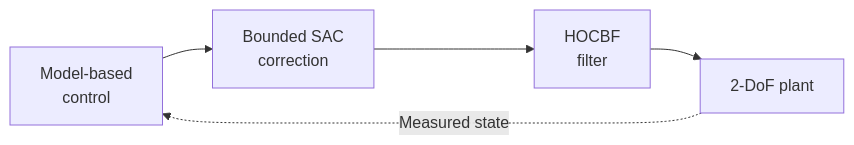
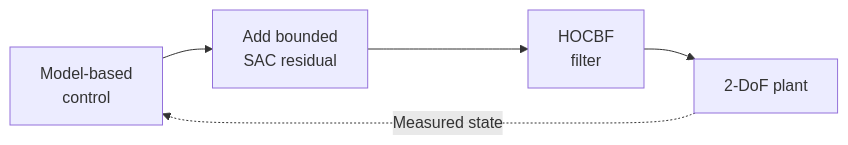
One commit to andrealo20/SARRL changed the first of 2 diagrams in README.md. Above: the diagram before and after it, drawn with Mermaid. The commit also changed other lines of this file, not shown here.

Commit message:
Reserve space for native diagram controls

````diff
--- a/README.md
+++ b/README.md
@@ -72,7 +72,8 @@
 ```mermaid
+%%{init: {"flowchart": {"diagramPadding": 60}}}%%
 flowchart LR
-    nominal["Model-based<br/>control"] --> correction["Bounded SAC<br/>correction"]
+    nominal["Model-based<br/>control"] --> correction["Add bounded<br/>SAC residual"]
     correction --> filter["HOCBF<br/>filter"]
     filter --> arm["2-DoF plant"]
     arm -. "Measured state" .-> nominal
 ```
````
